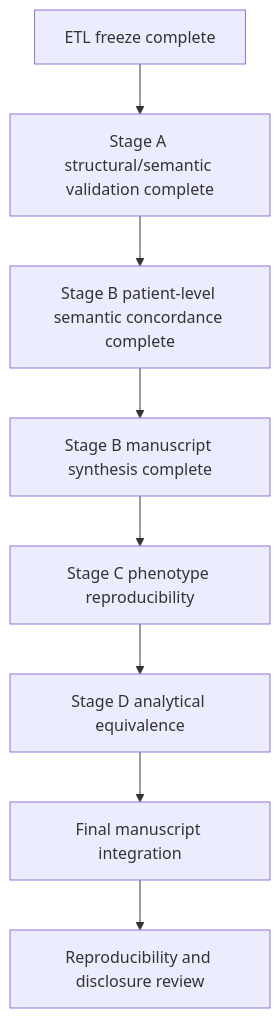
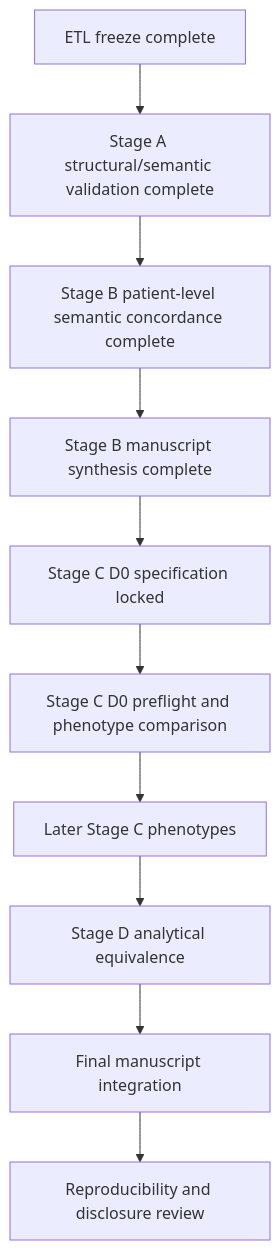
One commit to vafaei-ar/pcornet-omop-validation changed the second of 2 diagrams in docs/current_status_and_publication_plan.md. Above: the diagram before and after it, drawn with Mermaid. The commit also changed other lines of this file, not shown here.

Commit message:
Advance publication plan to locked Stage C D0 preflight

````diff
--- a/docs/current_status_and_publication_plan.md
+++ b/docs/current_status_and_publication_plan.md
@@ -80,10 +92,12 @@
 ```mermaid
 flowchart TD
     A[ETL freeze complete] --> B[Stage A structural/semantic validation complete]
     B --> C[Stage B patient-level semantic concordance complete]
     C --> D[Stage B manuscript synthesis complete]
-    D --> E[Stage C phenotype reproducibility]
-    E --> F[Stage D analytical equivalence]
-    F --> G[Final manuscript integration]
-    G --> H[Reproducibility and disclosure review]
+    D --> E[Stage C D0 specification locked]
+    E --> F[Stage C D0 preflight and phenotype comparison]
+    F --> G[Later Stage C phenotypes]
+    G --> H[Stage D analytical equivalence]
+    H --> I[Final manuscript integration]
+    I --> J[Reproducibility and disclosure review]
 ```
````
